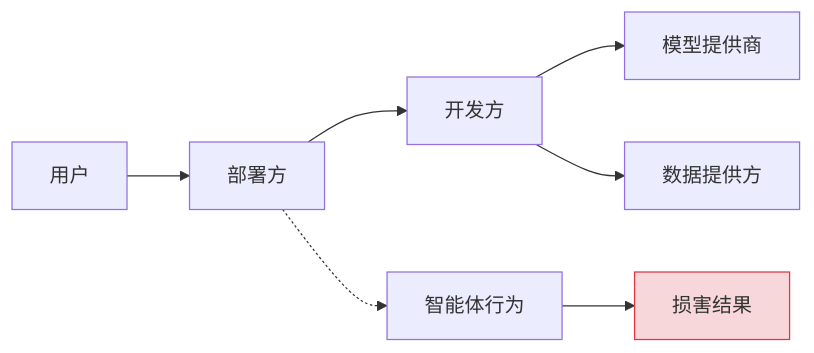
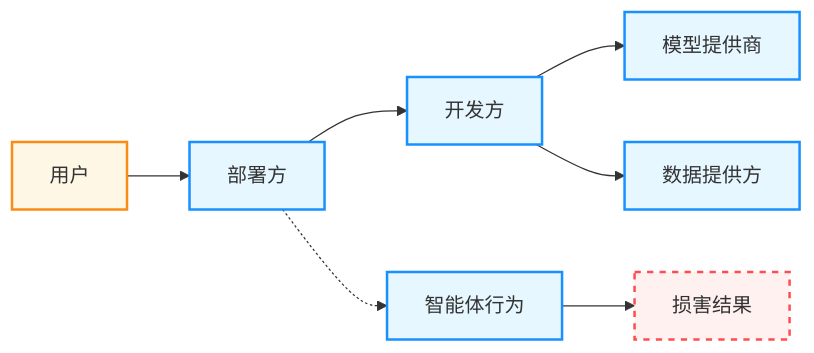
Before and after one commit to yeasy/agentic_ai_guide: the diagram in 11_future/11.3_ethics.md, drawn with Mermaid. The commit also changed 36 other files, not shown here.

````diff
--- a/11_future/11.3_ethics.md
+++ b/11_future/11.3_ethics.md
@@ -38,12 +38,21 @@
 ```mermaid
 graph LR
+    %% Agentic Design System
+    classDef user fill:#fff7e6,stroke:#fa8c16,stroke-width:2px;
+    classDef agent fill:#e6f7ff,stroke:#1890ff,stroke-width:2px;
+    classDef error fill:#fff1f0,stroke:#ff4d4f,stroke-width:2px,stroke-dasharray: 5 5;
+
     User[用户] --> Deployer[部署方]
     Deployer --> Dev[开发方]
     Dev --> ModelProvider[模型提供商]
     Dev --> DataProvider[数据提供方]
     
     AgentAction[智能体行为] --> Damage[损害结果]
     Deployer -.-> AgentAction
     
-    style Damage fill:#f8d7da,stroke:#dc3545
+    class User user;
+    class Deployer,Dev agent;
+    class ModelProvider,DataProvider agent;
+    class AgentAction agent;
+    class Damage error;
 ```
````
